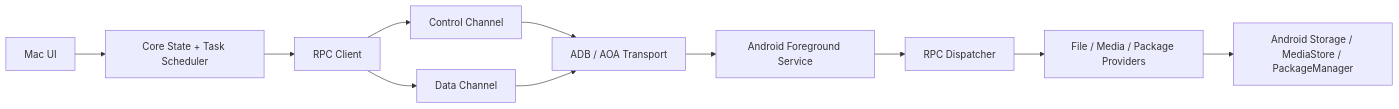
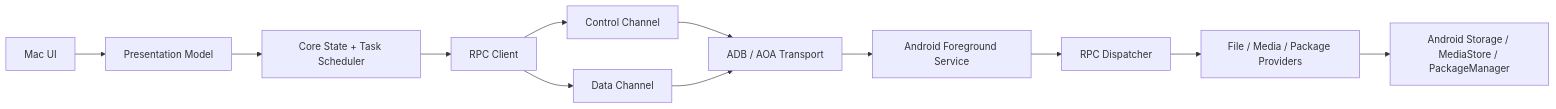
Before and after one commit to FoxBai/DroidMatch: the diagram in docs/architecture.md, drawn with Mermaid. The commit also changed other lines of this file and 19 other files, not shown here.

Commit message:
feat: add transfer queue presentation model

````diff
--- a/docs/architecture.md
+++ b/docs/architecture.md
@@ -103,13 +105,14 @@
 ```mermaid
 flowchart LR
-  MacUI["Mac UI"] --> Core["Core State + Task Scheduler"]
+  MacUI["Mac UI"] --> Presentation["Presentation Model"]
+  Presentation --> Core["Core State + Task Scheduler"]
   Core --> Rpc["RPC Client"]
   Rpc --> Control["Control Channel"]
   Rpc --> Data["Data Channel"]
   Control --> Usb["ADB / AOA Transport"]
   Data --> Usb
   Usb --> AndroidService["Android Foreground Service"]
   AndroidService --> Dispatcher["RPC Dispatcher"]
   Dispatcher --> Providers["File / Media / Package Providers"]
   Providers --> AndroidSystem["Android Storage / MediaStore / PackageManager"]
 ```
````
